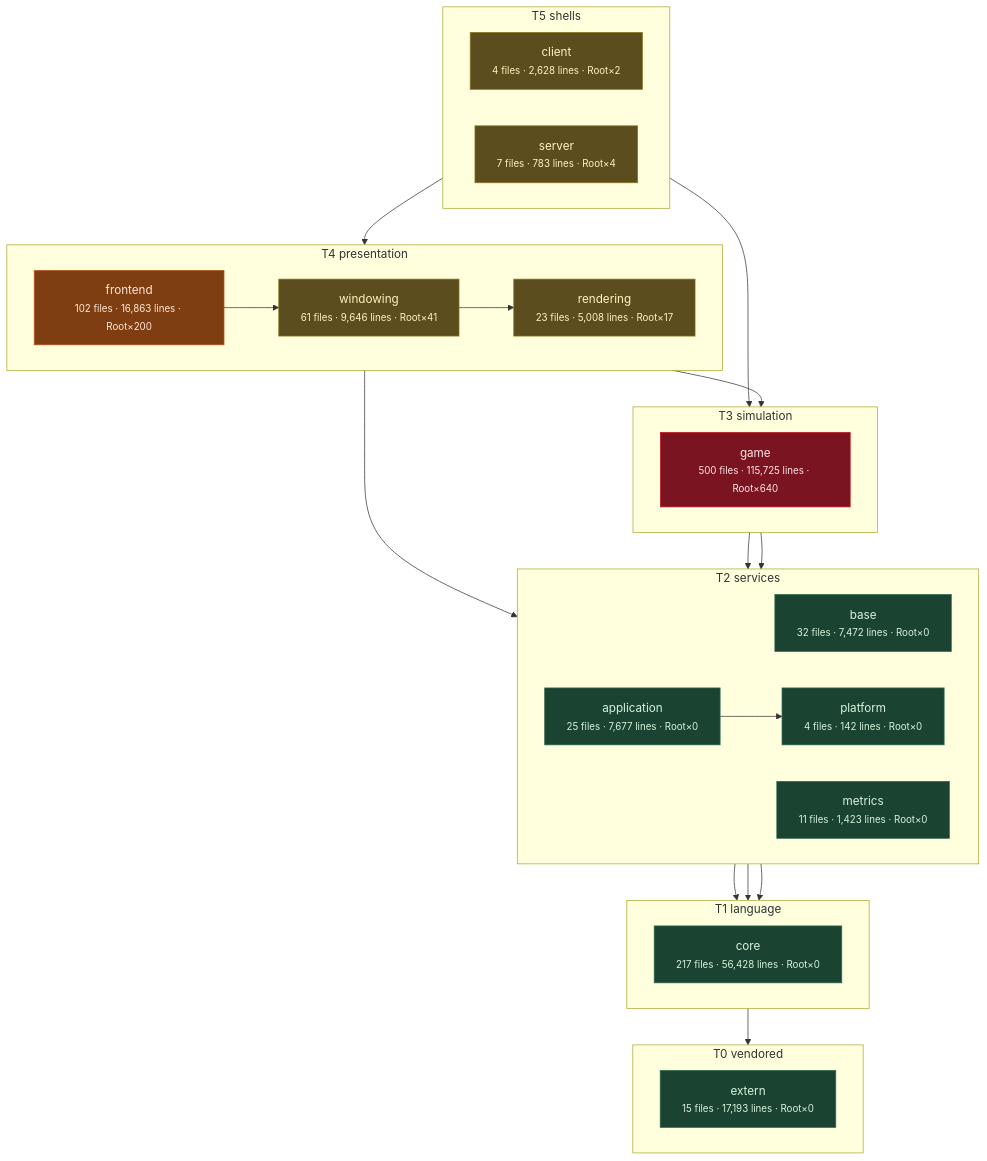
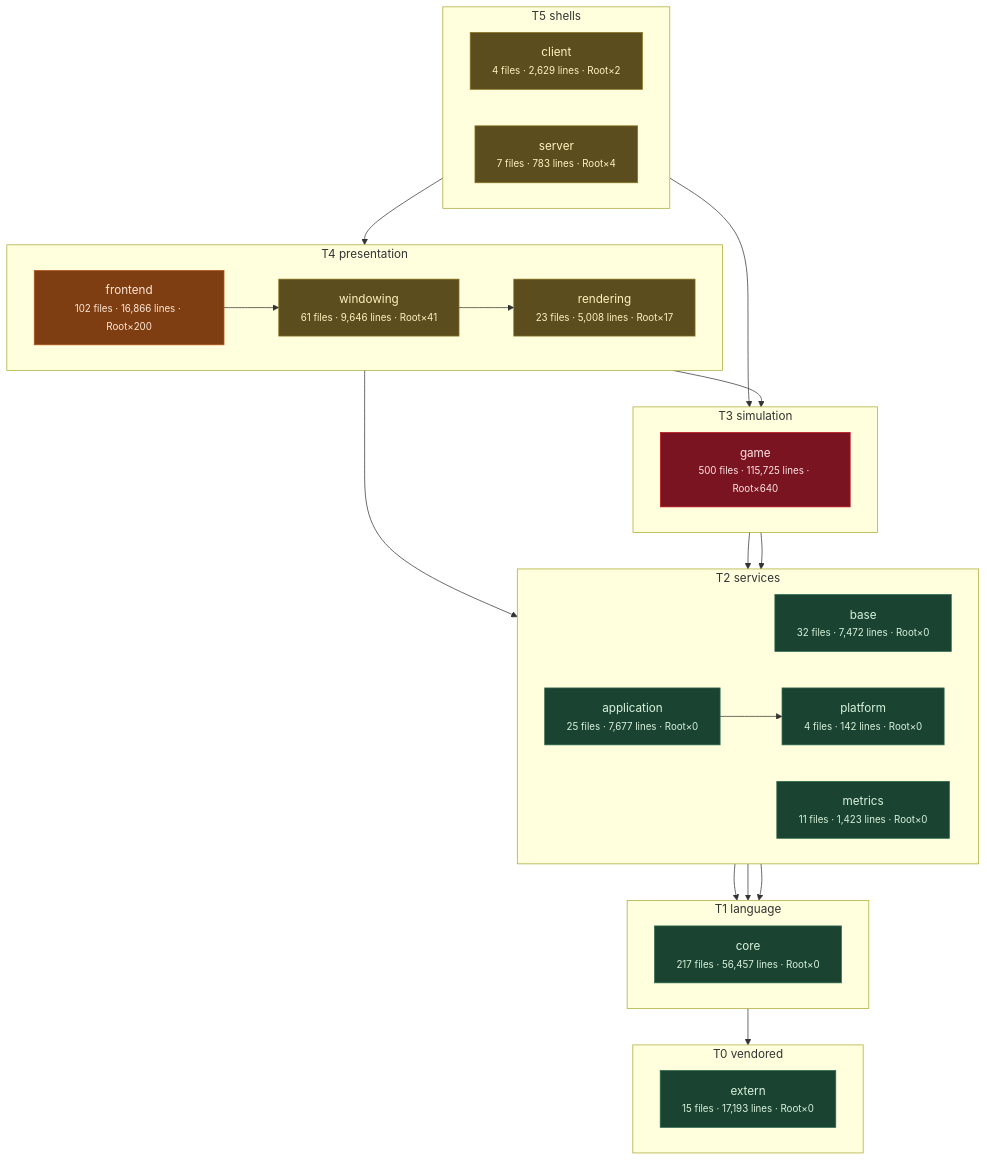
The third of 11 diagrams in docs/architecture/system-boundaries.md (apnex/OpenStarbound), drawn with Mermaid before and after one commit. The commit also changed other lines of this file and 8 other files, not shown here.

````diff
--- a/docs/architecture/system-boundaries.md
+++ b/docs/architecture/system-boundaries.md
@@ -271,54 +271,54 @@
 ```mermaid
 flowchart TD
   subgraph T0["T0 vendored"]
     direction LR
     extern["extern<br/><small>15 files · 17,193 lines · Root×0</small>"]
   end
   subgraph T1["T1 language"]
     direction LR
-    core["core<br/><small>217 files · 56,428 lines · Root×0</small>"]
+    core["core<br/><small>217 files · 56,457 lines · Root×0</small>"]
   end
   subgraph T2["T2 services"]
     direction LR
     base["base<br/><small>32 files · 7,472 lines · Root×0</small>"]
     metrics["metrics<br/><small>11 files · 1,423 lines · Root×0</small>"]
     platform["platform<br/><small>4 files · 142 lines · Root×0</small>"]
     application["application<br/><small>25 files · 7,677 lines · Root×0</small>"]
   end
   subgraph T3["T3 simulation"]
     direction LR
     game["game<br/><small>500 files · 115,725 lines · Root×640</small>"]
   end
   subgraph T4["T4 presentation"]
     direction LR
     rendering["rendering<br/><small>23 files · 5,008 lines · Root×17</small>"]
     windowing["windowing<br/><small>61 files · 9,646 lines · Root×41</small>"]
-    frontend["frontend<br/><small>102 files · 16,863 lines · Root×200</small>"]
+    frontend["frontend<br/><small>102 files · 16,866 lines · Root×200</small>"]
   end
   subgraph T5["T5 shells"]
     direction LR
-    client["client<br/><small>4 files · 2,628 lines · Root×2</small>"]
+    client["client<br/><small>4 files · 2,629 lines · Root×2</small>"]
     server["server<br/><small>7 files · 783 lines · Root×4</small>"]
   end
   core --> extern
   base --> core
   metrics --> core
   platform --> core
   application --> platform
   game --> base
   game --> platform
   rendering --> application
   rendering --> game
   windowing --> rendering
   frontend --> windowing
   client --> frontend
   server --> game
   classDef clean fill:#1b4332,stroke:#2d6a4f,color:#d8f3dc
   classDef warm  fill:#5c4d1e,stroke:#8a7420,color:#fff3bf
   classDef hot   fill:#7f3e12,stroke:#b5561b,color:#ffe8d6
   classDef blaze fill:#7a1420,stroke:#c1121f,color:#ffe5e5
   class extern,core,base,metrics,platform,application clean
   class rendering,windowing,client,server warm
   class frontend hot
   class game blaze
 ```
````
